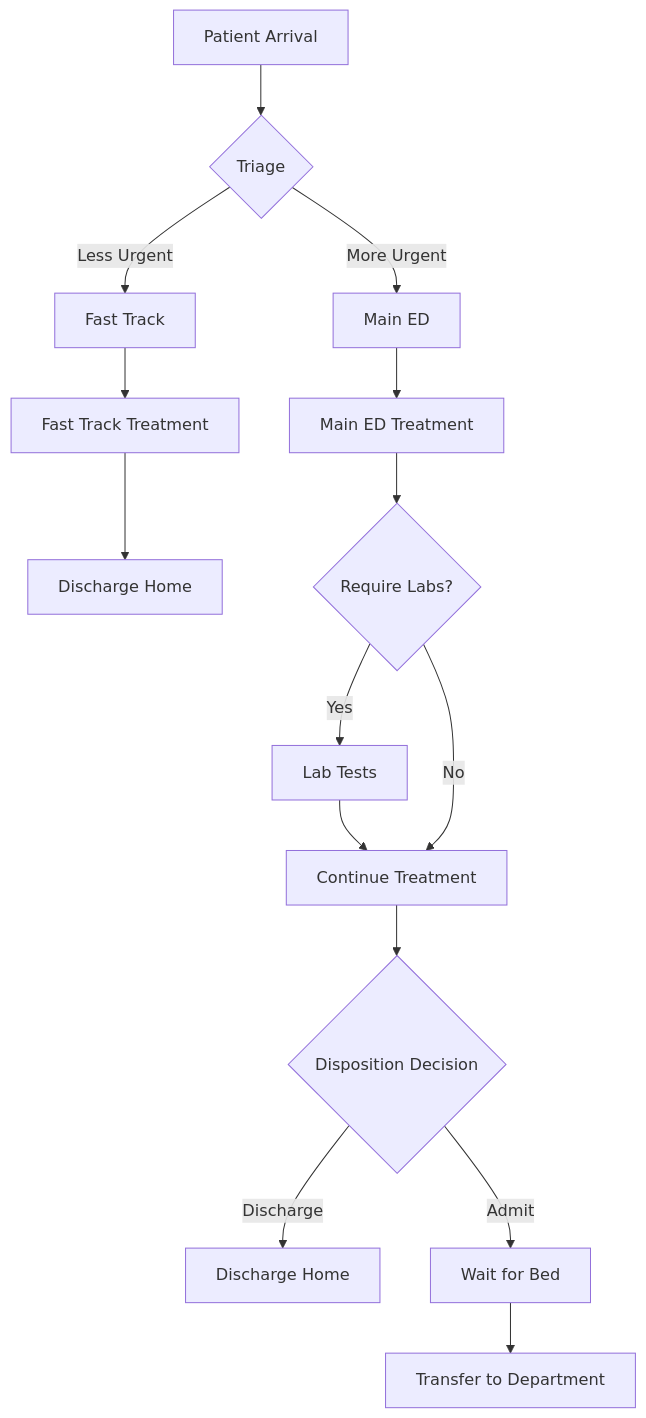
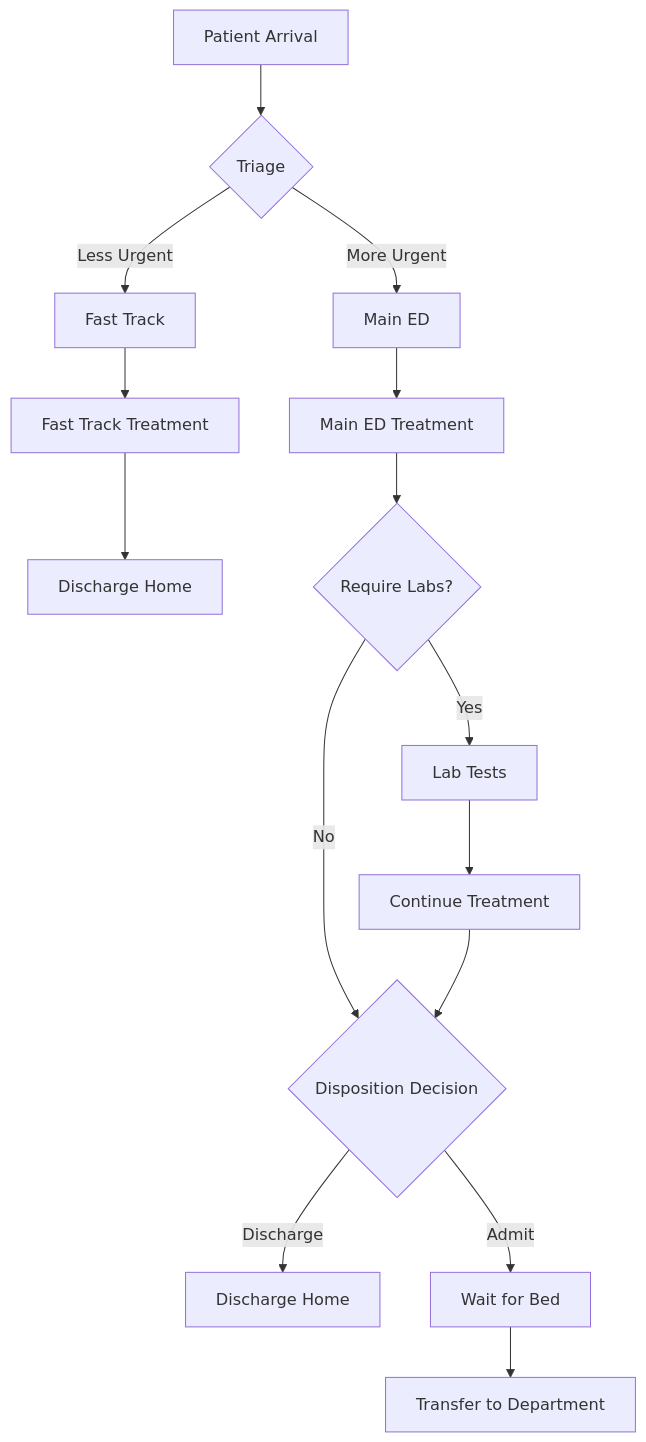
Before and after one commit to andrelowky/emergencydepartment: the diagram in ed-simulation-model.mermaid, drawn with Mermaid.

```diff
--- a/ed-simulation-model.mermaid
+++ b/ed-simulation-model.mermaid
@@ -1,15 +1,15 @@
 graph TD
     A[Patient Arrival] --> B{Triage}
     B -->|Less Urgent| C[Fast Track]
     B -->|More Urgent| D[Main ED]
     C --> E[Fast Track Treatment]
     E --> F[Discharge Home]
     D --> G[Main ED Treatment]
     G --> H{Require Labs?}
     H -->|Yes| I[Lab Tests]
     I --> J[Continue Treatment]
-    H -->|No| J
+    H -->|No| K
     J --> K{Disposition Decision}
     K -->|Discharge| L[Discharge Home]
     K -->|Admit| M[Wait for Bed]
     M --> N[Transfer to Department]
```
